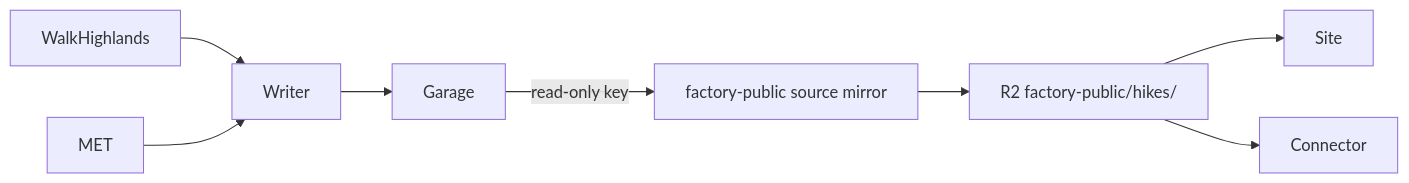
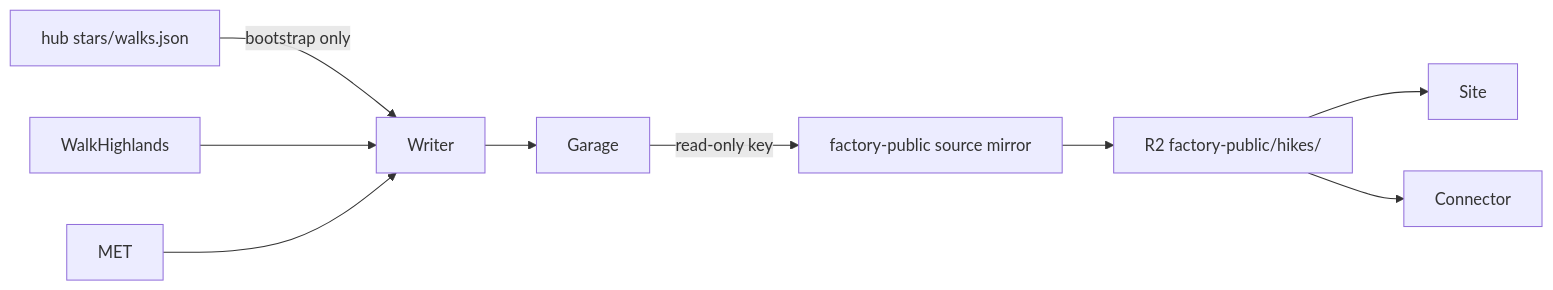
The diagram in projects/hikes/ARCHITECTURE.md (jomcgi-org/homelab), drawn with Mermaid before and after one commit. The commit also changed other lines of this file and 18 other files, not shown here.

````diff
--- a/projects/hikes/ARCHITECTURE.md
+++ b/projects/hikes/ARCHITECTURE.md
@@ -7,9 +7,10 @@
 ```mermaid
 flowchart LR
+  Hub[hub stars/walks.json] -- bootstrap only --> Writer
   WalkHighlands --> Writer
   MET --> Writer
   Writer --> Garage
   Garage -- read-only key --> Mirror[factory-public source mirror] --> R2[R2 factory-public/hikes/]
   R2 --> Site
   R2 --> Connector
 ```
````
